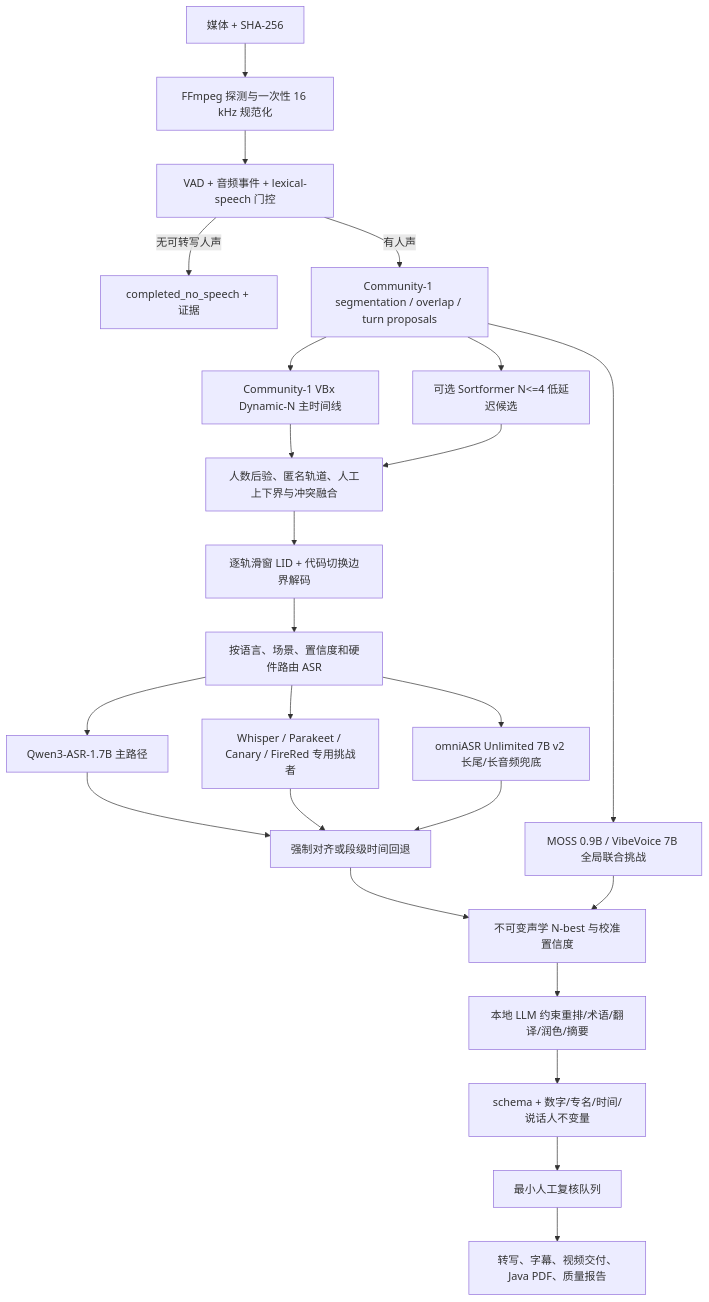
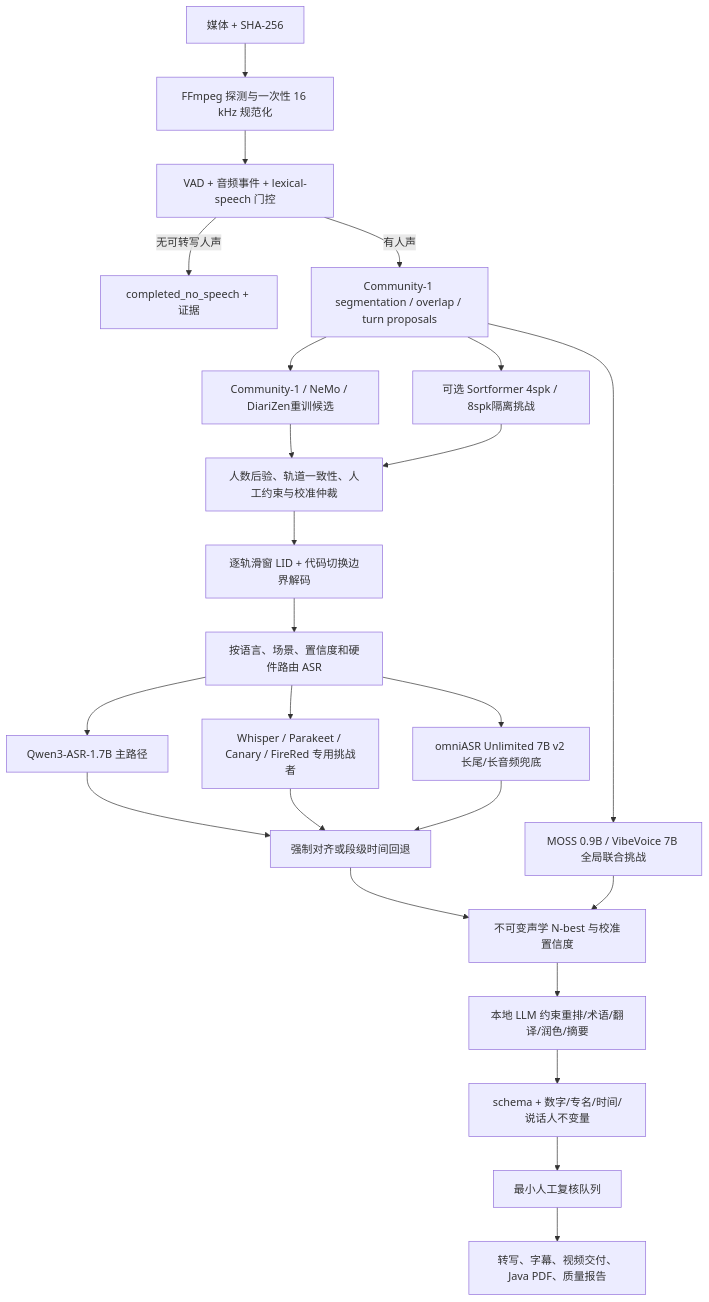
Before and after one commit to 3351666087/MediaTranscribeStudio: the diagram in docs/refactor/FLAGSHIP_SPEECH_ARCHITECTURE.md, drawn with Mermaid. The commit also changed other lines of this file and 10 other files, not shown here.

````diff
--- a/docs/refactor/FLAGSHIP_SPEECH_ARCHITECTURE.md
+++ b/docs/refactor/FLAGSHIP_SPEECH_ARCHITECTURE.md
@@ -54,26 +55,26 @@
 ```mermaid
 flowchart TD
   INPUT["媒体 + SHA-256"] --> PROBE["FFmpeg 探测与一次性 16 kHz 规范化"]
   PROBE --> GATE["VAD + 音频事件 + lexical-speech 门控"]
   GATE -->|"无可转写人声"| NOSPEECH["completed_no_speech + 证据"]
   GATE -->|"有人声"| SEG["Community-1 segmentation / overlap / turn proposals"]
-  SEG --> DIAR["Community-1 VBx Dynamic-N 主时间线"]
-  SEG --> FAST["可选 Sortformer N<=4 低延迟候选"]
-  DIAR --> FUSION["人数后验、匿名轨道、人工上下界与冲突融合"]
+  SEG --> DIAR["Community-1 / NeMo / DiariZen重训候选"]
+  SEG --> FAST["可选 Sortformer 4spk / 8spk隔离挑战"]
+  DIAR --> FUSION["人数后验、轨道一致性、人工约束与校准仲裁"]
   FAST --> FUSION
   FUSION --> LID["逐轨滑窗 LID + 代码切换边界解码"]
   LID --> ROUTER["按语言、场景、置信度和硬件路由 ASR"]
   ROUTER --> QWEN["Qwen3-ASR-1.7B 主路径"]
   ROUTER --> SPECIALIST["Whisper / Parakeet / Canary / FireRed 专用挑战者"]
   ROUTER --> OMNI["omniASR Unlimited 7B v2 长尾/长音频兜底"]
   QWEN --> ALIGN["强制对齐或段级时间回退"]
   SPECIALIST --> ALIGN
   OMNI --> ALIGN
   ALIGN --> NBEST["不可变声学 N-best 与校准置信度"]
   SEG --> JOINT["MOSS 0.9B / VibeVoice 7B 全局联合挑战"]
   JOINT --> NBEST
   NBEST --> LLM["本地 LLM 约束重排/术语/翻译/润色/摘要"]
   LLM --> VALIDATE["schema + 数字/专名/时间/说话人不变量"]
   VALIDATE --> REVIEW["最小人工复核队列"]
   REVIEW --> OUTPUT["转写、字幕、视频交付、Java PDF、质量报告"]
 ```
````
